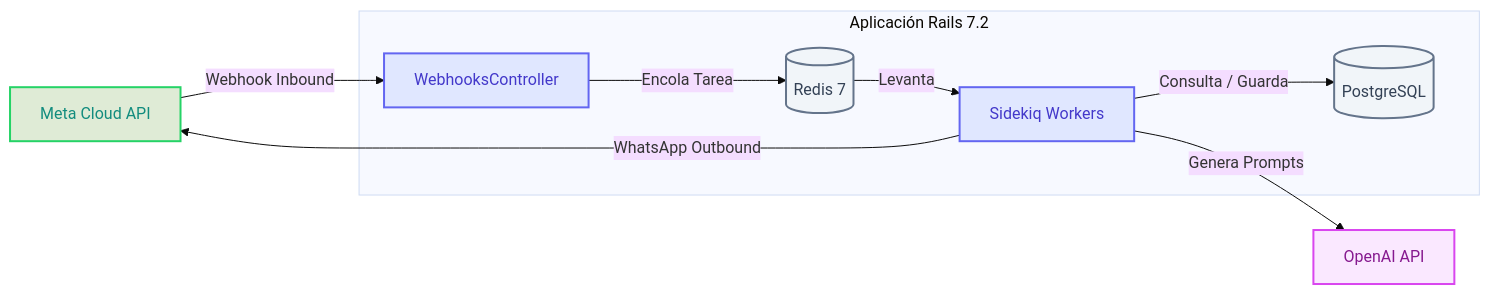
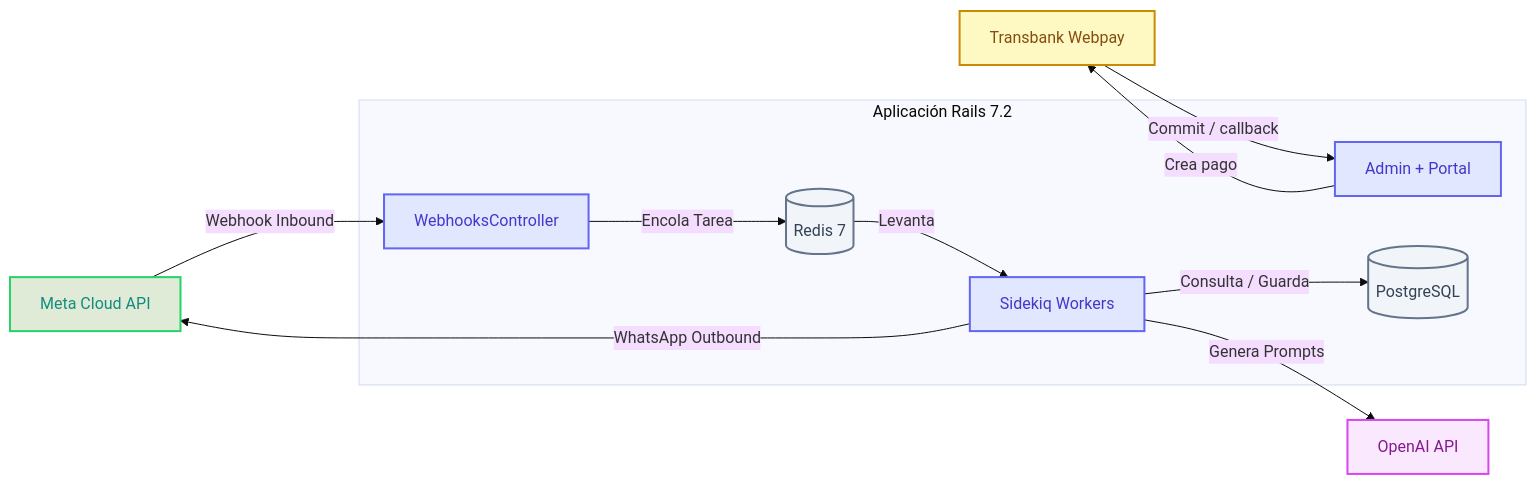
Before and after one commit to fjvalles/micro-coaching: the first of 6 diagrams in docs/architecture-flows.md, drawn with Mermaid (base theme). The commit also changed other lines of this file and 2 other files, not shown here.

First line of the commit message:
docs(admin): refresh architecture, commercial, learning docs

````diff
--- a/docs/architecture-flows.md
+++ b/docs/architecture-flows.md
@@ -11,24 +14,29 @@
 ```mermaid
 graph LR
     classDef meta fill:#dfebd6,stroke:#25d366,stroke-width:2px,color:#128c7e;
     classDef app fill:#e0e7ff,stroke:#6366f1,stroke-width:2px,color:#4338ca;
     classDef db fill:#f1f5f9,stroke:#64748b,stroke-width:2px,color:#334155;
     classDef ai fill:#fae8ff,stroke:#d946ef,stroke-width:2px,color:#86198f;
+    classDef pay fill:#fef9c3,stroke:#ca8a04,stroke-width:2px,color:#854d0e;
 
     Meta[Meta Cloud API]:::meta
     OpenAI[OpenAI API]:::ai
+    Transbank[Transbank Webpay]:::pay
 
     subgraph RailsApp ["Aplicación Rails 7.2"]
         Webhook[WebhooksController]:::app
         Jobs[Sidekiq Workers]:::app
+        Admin[Admin + Portal]:::app
         DB[(PostgreSQL)]:::db
         Redis[(Redis 7)]:::db
     end
 
     Meta -- Webhook Inbound --> Webhook
     Webhook -- Encola Tarea --> Redis
     Redis -- Levanta --> Jobs
     Jobs -- Consulta / Guarda --> DB
     Jobs -- Genera Prompts --> OpenAI
     Jobs -- WhatsApp Outbound --> Meta
+    Admin -- Crea pago --> Transbank
+    Transbank -- Commit / callback --> Admin
 ```
````
